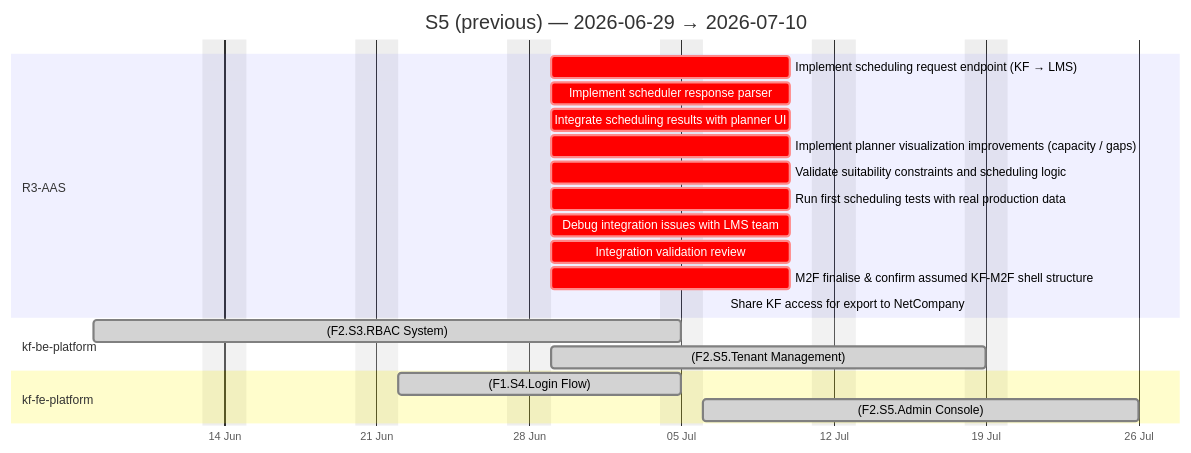
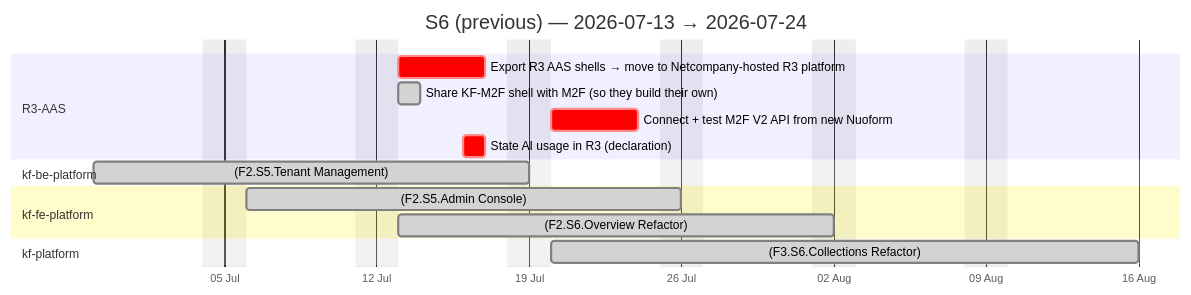
Before and after one commit to Katty-Fashion/kf-cpto: the second of 4 diagrams in docs/agile-sprints.md, drawn with Mermaid. The commit also changed other lines of this file and 14 other files, not shown here.

````diff
--- a/docs/agile-sprints.md
+++ b/docs/agile-sprints.md
@@ -51,25 +51,20 @@
 ```mermaid
 gantt
-    title S5 (previous) — 2026-06-29 → 2026-07-10
+    title S6 (previous) — 2026-07-13 → 2026-07-24
     dateFormat YYYY-MM-DD
     axisFormat %d %b
     excludes weekends
 
     section R3-AAS
-    Implement scheduling request endpoint (KF → LMS) :crit, 2026-06-29, 2026-07-10
-    Implement scheduler response parser :crit, 2026-06-29, 2026-07-10
-    Integrate scheduling results with planner UI :crit, 2026-06-29, 2026-07-10
-    Implement planner visualization improvements (capacity / gaps) :crit, 2026-06-29, 2026-07-10
-    Validate suitability constraints and scheduling logic :crit, 2026-06-29, 2026-07-10
-    Run first scheduling tests with real production data :crit, 2026-06-29, 2026-07-10
-    Debug integration issues with LMS team :crit, 2026-06-29, 2026-07-10
-    Integration validation review :crit, 2026-06-29, 2026-07-10
-    M2F finalise & confirm assumed KF-M2F shell structure :crit, 2026-06-29, 2026-07-10
-    Share KF access for export to NetCompany :done, 2026-07-07, 2026-07-07
+    Export R3 AAS shells → move to Netcompany-hosted R3 platform :crit, 2026-07-13, 2026-07-17
+    Share KF-M2F shell with M2F (so they build their own) :done, 2026-07-13, 2026-07-14
+    Connect + test M2F V2 API from new Nuoform :crit, 2026-07-20, 2026-07-24
+    State AI usage in R3 (declaration) :crit, 2026-07-16, 2026-07-17
     section kf-be-platform
-    (F2.S3.RBAC System) :done, 2026-06-08, 2026-07-05
     (F2.S5.Tenant Management) :done, 2026-06-29, 2026-07-19
     section kf-fe-platform
-    (F1.S4.Login Flow) :done, 2026-06-22, 2026-07-05
     (F2.S5.Admin Console) :done, 2026-07-06, 2026-07-26
+    (F2.S6.Overview Refactor) :done, 2026-07-13, 2026-08-02
+    section kf-platform
+    (F3.S6.Collections Refactor) :done, 2026-07-20, 2026-08-16
 ```
````
